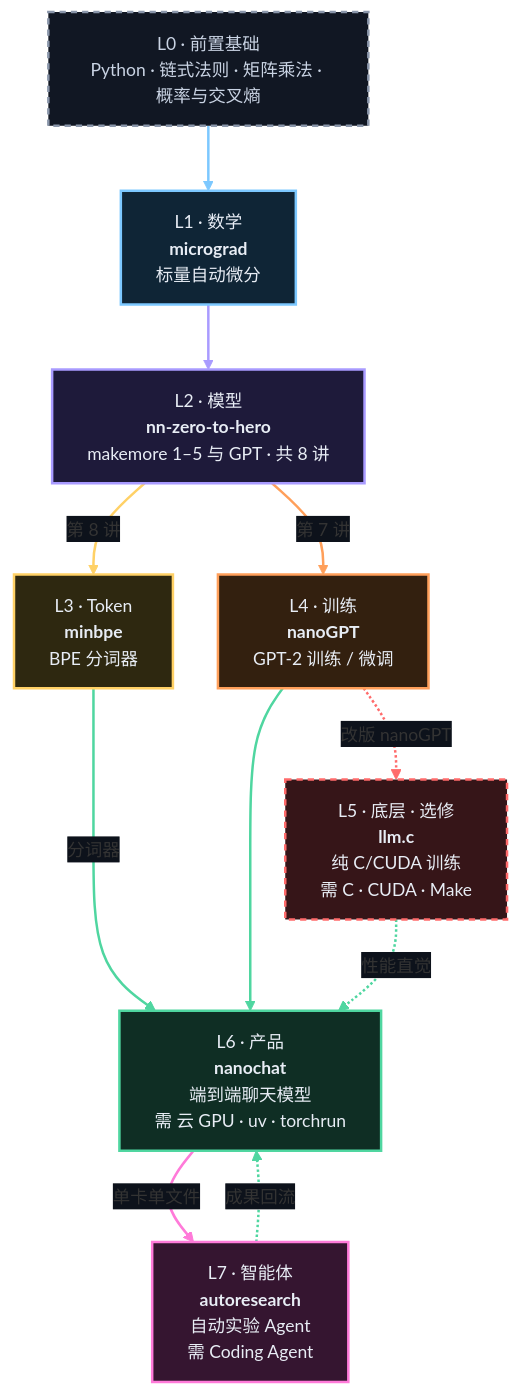
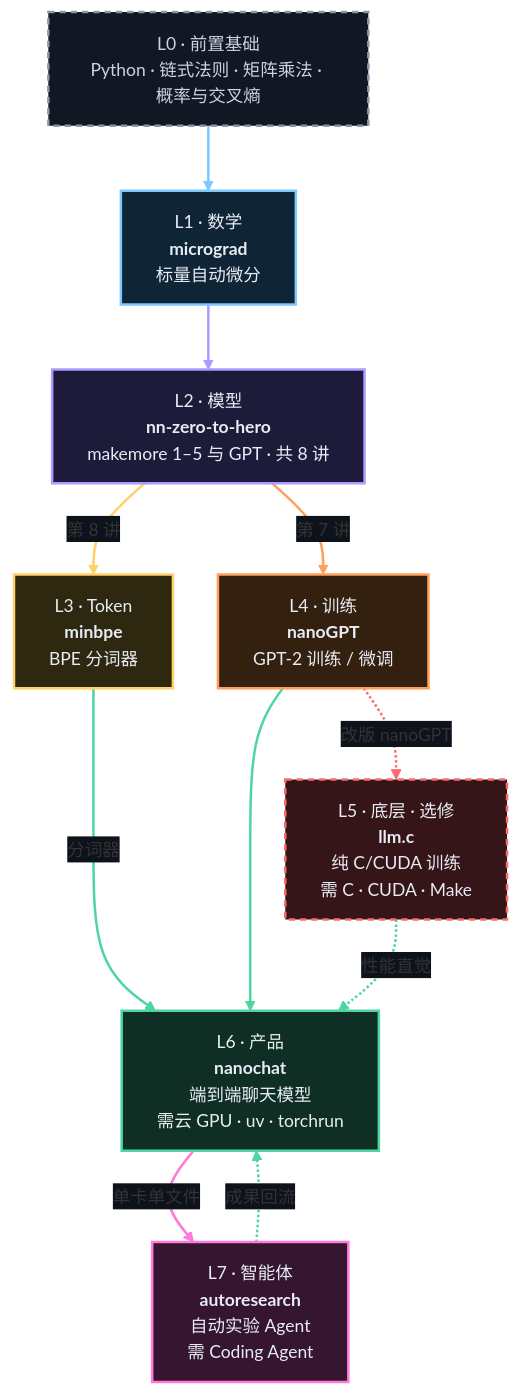
The first of 8 diagrams in docs/handbook.md (meetrust/llm-visual-guide), drawn with Mermaid before and after one commit. The commit also changed other lines of this file and 2 other files, not shown here.

````diff
--- a/docs/handbook.md
+++ b/docs/handbook.md
@@ -102,62 +102,62 @@
 ```mermaid
 ---
 config:
   theme: base
   themeCSS: ".edgeLabel p, .edgeLabel span { color: #c9d3e3; }"
   themeVariables:
     fontFamily: "Noto Sans SC, PingFang SC, Hiragino Sans GB, Microsoft YaHei, Helvetica, Arial"
     fontSize: 14px
     lineColor: "#7f8fa9"
     textColor: "#c9d3e3"
     edgeLabelBackground: "#0d121b"
   flowchart:
     curve: basis
     nodeSpacing: 36
     rankSpacing: 52
     padding: 14
 ---
 flowchart TB
     PRE["L0 · 前置基础<br/>Python · 链式法则 · 矩阵乘法 · 概率与交叉熵"]
     MG["L1 · 数学<br/><b>micrograd</b><br/>标量自动微分"]
     NN["L2 · 模型<br/><b>nn-zero-to-hero</b><br/>makemore 1–5 与 GPT · 共 8 讲"]
     BPE["L3 · Token<br/><b>minbpe</b><br/>BPE 分词器"]
     NG["L4 · 训练<br/><b>nanoGPT</b><br/>GPT-2 训练 / 微调"]
     LC["L5 · 底层 · 选修<br/><b>llm.c</b><br/>纯 C/CUDA 训练<br/>需 C · CUDA · Make"]
-    NC["L6 · 产品<br/><b>nanochat</b><br/>端到端聊天模型<br/>需 云 GPU · uv · torchrun"]
+    NC["L6 · 产品<br/><b>nanochat</b><br/>端到端聊天模型<br/>需云 GPU · uv · torchrun"]
     AR["L7 · 智能体<br/><b>autoresearch</b><br/>自动实验 Agent<br/>需 Coding Agent"]
     PRE --> MG
     MG --> NN
     NN -->|"第 8 讲"| BPE
     NN -->|"第 7 讲"| NG
     BPE --->|"分词器"| NC
     NG --> NC
     NG -.->|"改版 nanoGPT"| LC
     LC -.->|"性能直觉"| NC
     NC -->|"单卡单文件"| AR
     AR -.->|"成果回流"| NC
     classDef l0 fill:#111723,stroke:#8b97ab,stroke-width:2px,stroke-dasharray:5 4,color:#c9d3e3
     classDef l1 fill:#0f2536,stroke:#7cc8ff,stroke-width:2px,color:#e8edf5
     classDef l2 fill:#1e1a3a,stroke:#a99bff,stroke-width:2px,color:#e8edf5
     classDef l3 fill:#2e2810,stroke:#ffd166,stroke-width:2px,color:#e8edf5
     classDef l4 fill:#33200f,stroke:#ff9f5a,stroke-width:2px,color:#e8edf5
     classDef l5 fill:#361518,stroke:#ff6b6b,stroke-width:2px,stroke-dasharray:5 4,color:#e8edf5
     classDef l6 fill:#0f2e24,stroke:#4fd6a0,stroke-width:2px,color:#e8edf5
     classDef l7 fill:#351530,stroke:#ff7ad9,stroke-width:2px,color:#e8edf5
     class PRE l0
     class MG l1
     class NN l2
     class BPE l3
     class NG l4
     class LC l5
     class NC l6
     class AR l7
     linkStyle 0 stroke:#7cc8ff,stroke-width:2px
     linkStyle 1 stroke:#a99bff,stroke-width:2px
     linkStyle 2 stroke:#ffd166,stroke-width:2px
     linkStyle 3 stroke:#ff9f5a,stroke-width:2px
     linkStyle 4,5 stroke:#4fd6a0,stroke-width:2px
     linkStyle 6 stroke:#ff6b6b,stroke-width:2px
     linkStyle 7 stroke:#4fd6a0,stroke-width:2px
     linkStyle 8 stroke:#ff7ad9,stroke-width:2px
     linkStyle 9 stroke:#4fd6a0,stroke-width:2px
 ```
````
